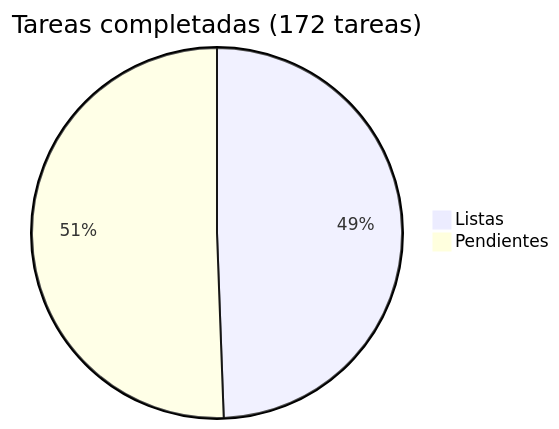
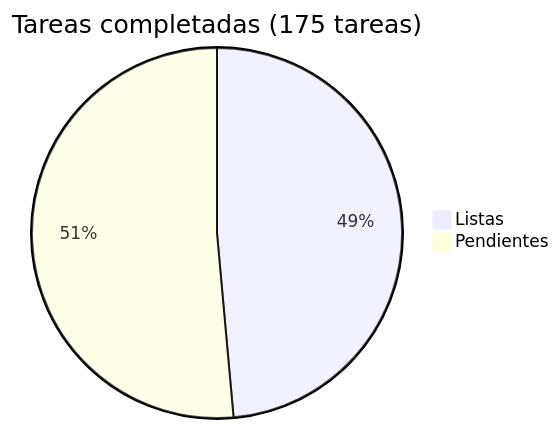
Before and after one commit to araguaney-lat/araguaney: the diagram in docs/roadmap/README.md, drawn with Mermaid. The commit also changed other lines of this file and 1 other file, not shown here.

Commit message:
docs: add StatusTimeline reusable component — box, pallet, shipment, transfer state visualization

````diff
--- a/docs/roadmap/README.md
+++ b/docs/roadmap/README.md
@@ -5,5 +5,5 @@
 ```mermaid
-pie title Tareas completadas (172 tareas)
+pie title Tareas completadas (175 tareas)
     "Listas" : 85
-    "Pendientes" : 87
+    "Pendientes" : 90
 ```
````
